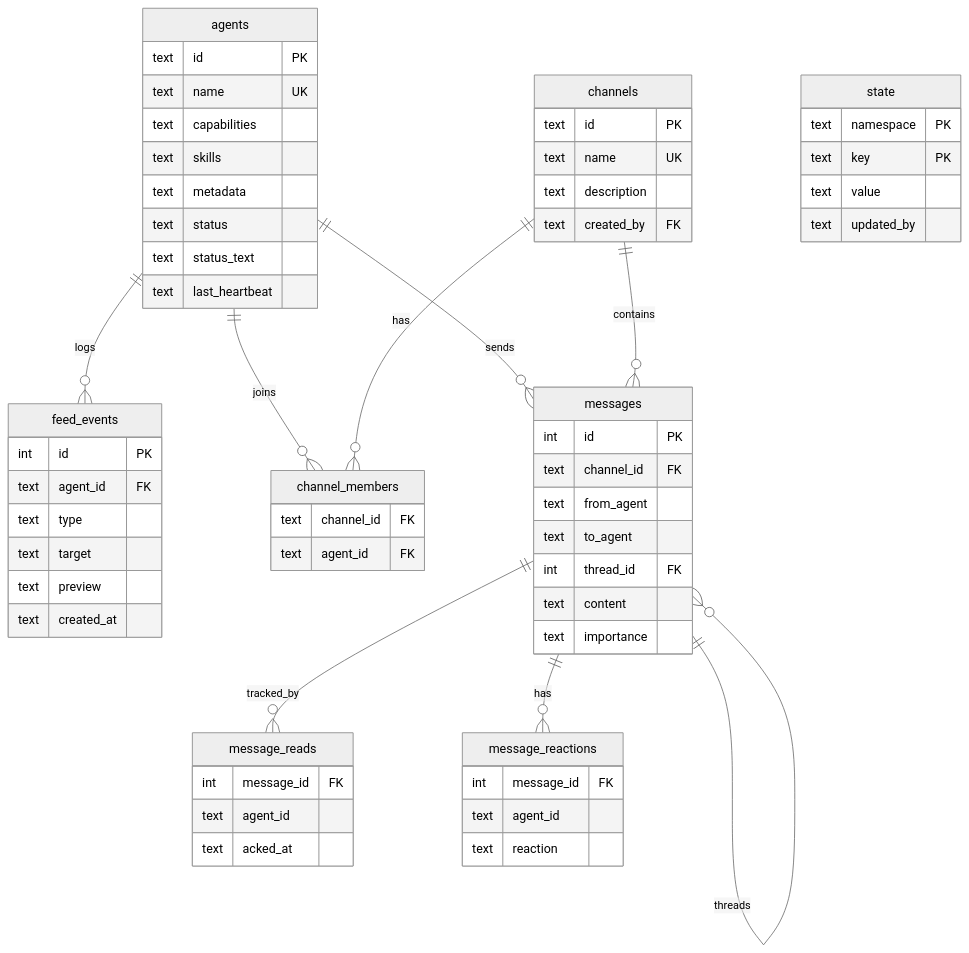
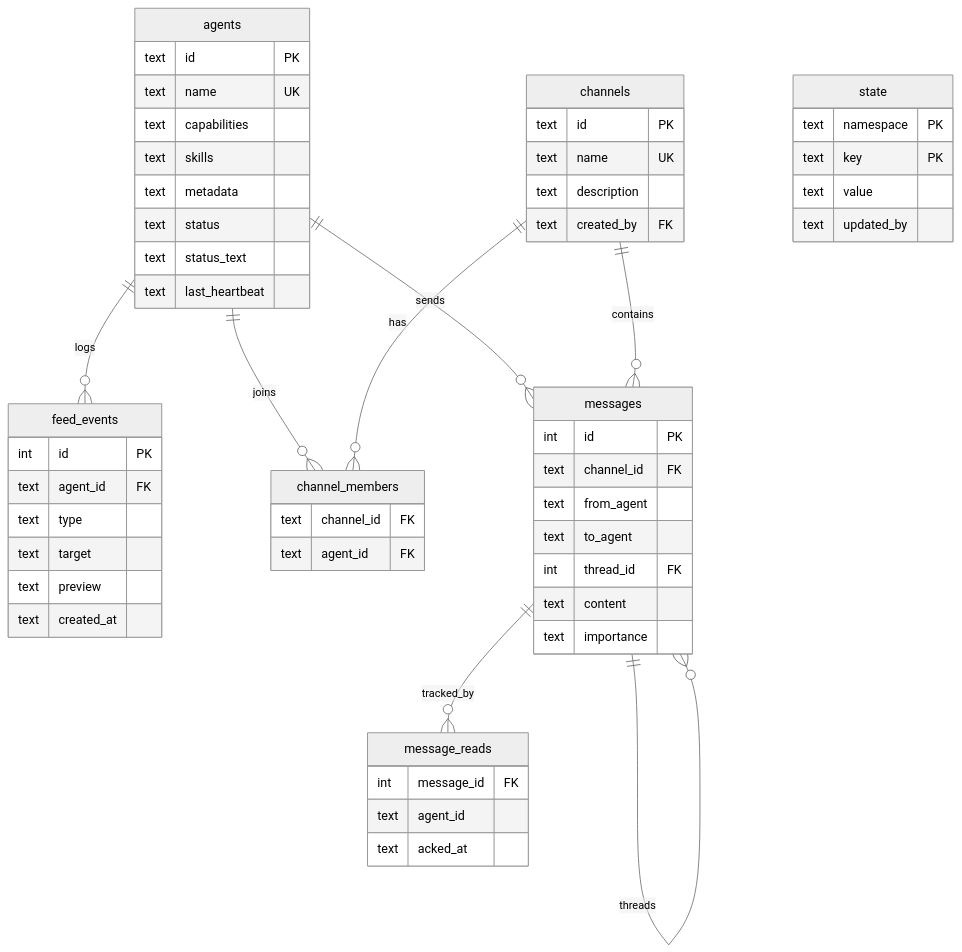
The diagram in docs/ARCHITECTURE.md (keshrath/agent-comm), drawn with Mermaid (neutral theme) before and after one commit. The commit also changed other lines of this file and 19 other files, not shown here.

````diff
--- a/docs/ARCHITECTURE.md
+++ b/docs/ARCHITECTURE.md
@@ -60,65 +59,59 @@
 ```mermaid
 erDiagram
     agents {
         text id PK
         text name UK
         text capabilities
         text skills
         text metadata
         text status
         text status_text
         text last_heartbeat
     }
     feed_events {
         int id PK
         text agent_id FK
         text type
         text target
         text preview
         text created_at
     }
     channels {
         text id PK
         text name UK
         text description
         text created_by FK
     }
     channel_members {
         text channel_id FK
         text agent_id FK
     }
     messages {
         int id PK
         text channel_id FK
         text from_agent
         text to_agent
         int thread_id FK
         text content
         text importance
     }
     message_reads {
         int message_id FK
         text agent_id
         text acked_at
     }
-    message_reactions {
-        int message_id FK
-        text agent_id
-        text reaction
-    }
     state {
         text namespace PK
         text key PK
         text value
         text updated_by
     }
 
     agents ||--o{ messages : sends
     agents ||--o{ channel_members : joins
     channels ||--o{ channel_members : has
     channels ||--o{ messages : contains
     messages ||--o{ messages : threads
     messages ||--o{ message_reads : tracked_by
-    messages ||--o{ message_reactions : has
     agents ||--o{ feed_events : logs
 ```
````
